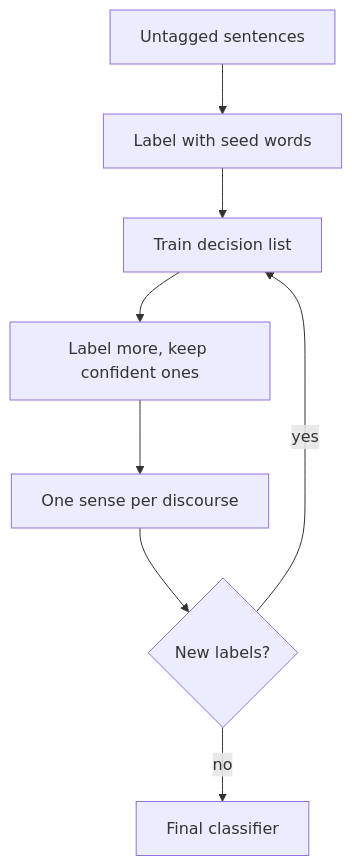
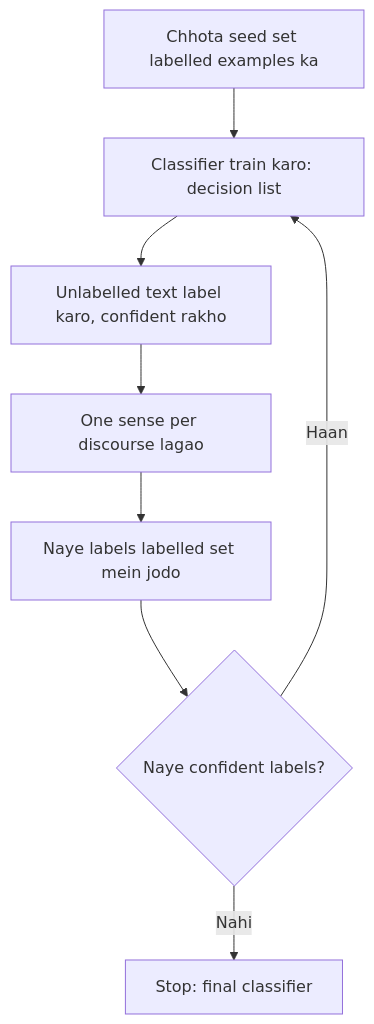
Before and after one commit to TrendySloth1001/sem-seven-notes: the diagram in content/natural-language-processing/pyq/2022-12-ce/q3b.hi.mdx, drawn with Mermaid. The commit also changed other lines of this file and 406 other files, not shown here.

````diff
--- a/content/natural-language-processing/pyq/2022-12-ce/q3b.hi.mdx
+++ b/content/natural-language-processing/pyq/2022-12-ce/q3b.hi.mdx
@@ -21,11 +16,11 @@
 ```mermaid
-%% caption: Yarowsky loop. Seeds kuch sentences label karte hain; decision list seekhti hai aur aur label karti hai; kuch naya na jude tab tak repeat.
+%% caption: Yarowsky loop. Labelled set har round badhta hai jab tak kuch naya confident na mile.
 flowchart TD
-  A["Untagged sentences"] --> B["Label with seed words"]
-  B --> C["Train decision list"]
-  C --> D["Label more, keep confident ones"]
-  D --> E["One sense per discourse"]
-  E --> F{"New labels?"}
-  F -->|"yes"| C
-  F -->|"no"| G["Final classifier"]
+  A["Chhota seed set labelled examples ka"] --> B["Classifier train karo: decision list"]
+  B --> C["Unlabelled text label karo, confident rakho"]
+  C --> D["One sense per discourse lagao"]
+  D --> E["Naye labels labelled set mein jodo"]
+  E --> F{"Naye confident labels?"}
+  F -->|"Haan"| B
+  F -->|"Nahi"| G["Stop: final classifier"]
 ```
````
